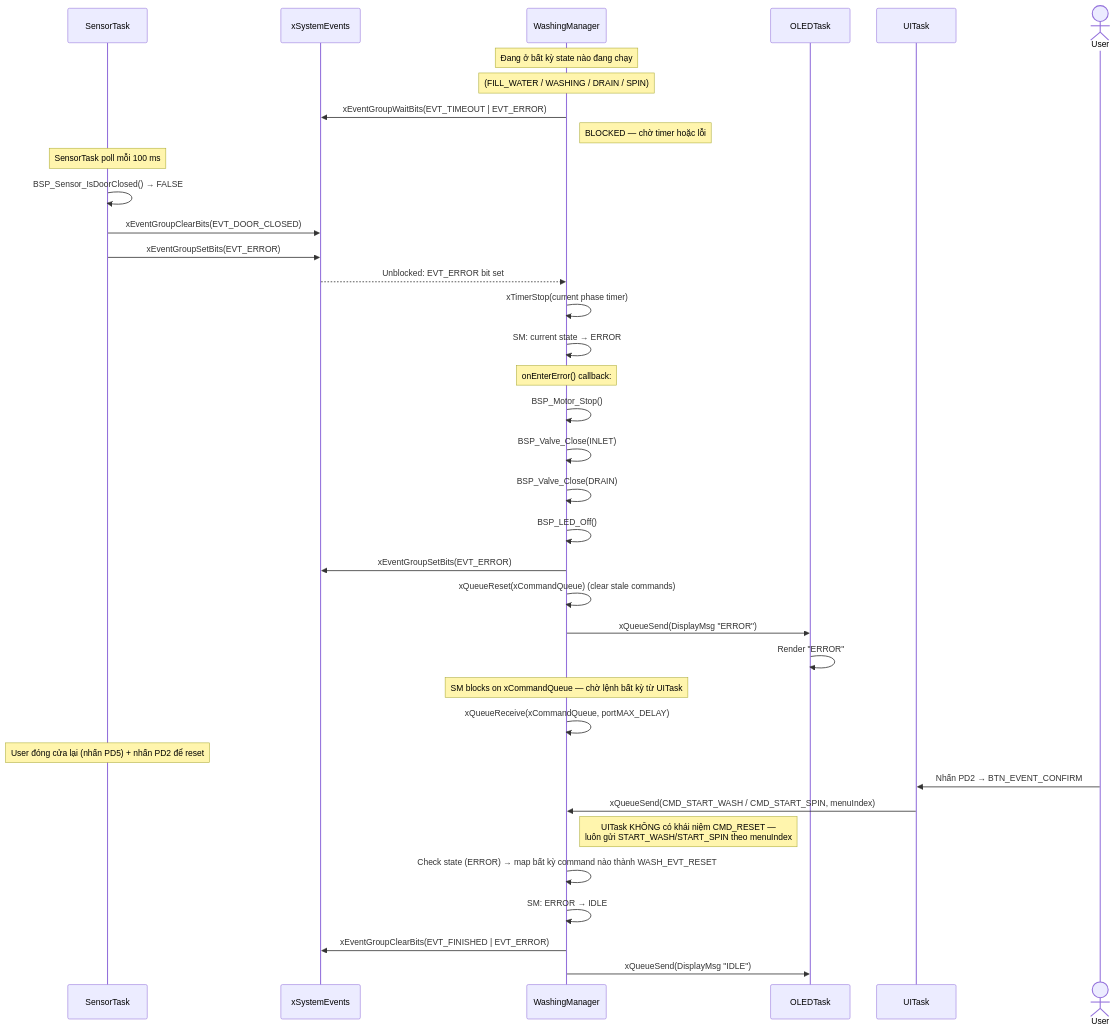
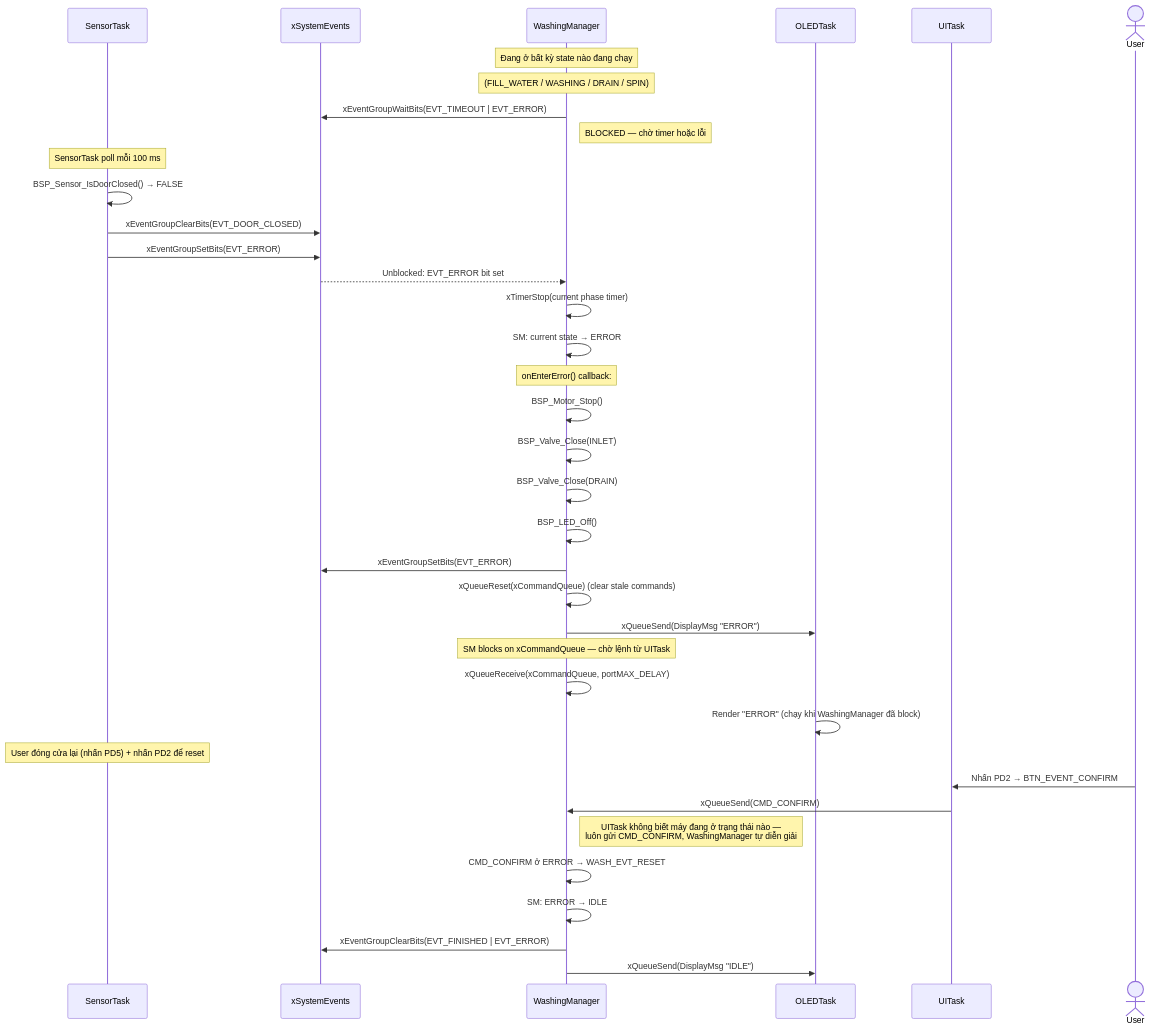
Before and after one commit to TTonyVi/Freertos_ST: the seventh of 11 diagrams in docs/SYSTEM_DIAGRAMS.md, drawn with Mermaid. The commit also changed other lines of this file and 25 other files, not shown here.

````diff
--- a/docs/SYSTEM_DIAGRAMS.md
+++ b/docs/SYSTEM_DIAGRAMS.md
@@ -284,45 +362,45 @@
 ```mermaid
 sequenceDiagram
     participant SENS as SensorTask
     participant EG   as xSystemEvents
     participant WASH as WashingManager
     participant OLED as OLEDTask
     participant UI   as UITask
 
     Note over WASH: Đang ở bất kỳ state nào đang chạy
     Note over WASH: (FILL_WATER / WASHING / DRAIN / SPIN)
     WASH->>EG: xEventGroupWaitBits(EVT_TIMEOUT | EVT_ERROR)
     Note right of WASH: BLOCKED — chờ timer hoặc lỗi
 
     Note over SENS: SensorTask poll mỗi 100 ms
     SENS->>SENS: BSP_Sensor_IsDoorClosed() → FALSE
     SENS->>EG: xEventGroupClearBits(EVT_DOOR_CLOSED)
     SENS->>EG: xEventGroupSetBits(EVT_ERROR)
 
     EG-->>WASH: Unblocked: EVT_ERROR bit set
     WASH->>WASH: xTimerStop(current phase timer)
     WASH->>WASH: SM: current state → ERROR
 
     Note over WASH: onEnterError() callback:
     WASH->>WASH: BSP_Motor_Stop()
     WASH->>WASH: BSP_Valve_Close(INLET)
     WASH->>WASH: BSP_Valve_Close(DRAIN)
     WASH->>WASH: BSP_LED_Off()
     WASH->>EG: xEventGroupSetBits(EVT_ERROR)
     WASH->>WASH: xQueueReset(xCommandQueue) (clear stale commands)
     WASH->>OLED: xQueueSend(DisplayMsg "ERROR")
-    OLED->>OLED: Render "ERROR"
 
-    Note over WASH: SM blocks on xCommandQueue — chờ lệnh bất kỳ từ UITask
+    Note over WASH: SM blocks on xCommandQueue — chờ lệnh từ UITask
     WASH->>WASH: xQueueReceive(xCommandQueue, portMAX_DELAY)
+    OLED->>OLED: Render "ERROR" (chạy khi WashingManager đã block)
 
     Note over SENS: User đóng cửa lại (nhấn PD5) + nhấn PD2 để reset
     actor User
     User->>UI: Nhấn PD2 → BTN_EVENT_CONFIRM
-    UI->>WASH: xQueueSend(CMD_START_WASH / CMD_START_SPIN, menuIndex)
-    Note right of WASH: UITask KHÔNG có khái niệm CMD_RESET —<br/>luôn gửi START_WASH/START_SPIN theo menuIndex
-    WASH->>WASH: Check state (ERROR) → map bất kỳ command nào thành WASH_EVT_RESET
+    UI->>WASH: xQueueSend(CMD_CONFIRM)
+    Note right of WASH: UITask không biết máy đang ở trạng thái nào —<br/>luôn gửi CMD_CONFIRM, WashingManager tự diễn giải
+    WASH->>WASH: CMD_CONFIRM ở ERROR → WASH_EVT_RESET
     WASH->>WASH: SM: ERROR → IDLE
     WASH->>EG: xEventGroupClearBits(EVT_FINISHED | EVT_ERROR)
     WASH->>OLED: xQueueSend(DisplayMsg "IDLE")
 ```
````
